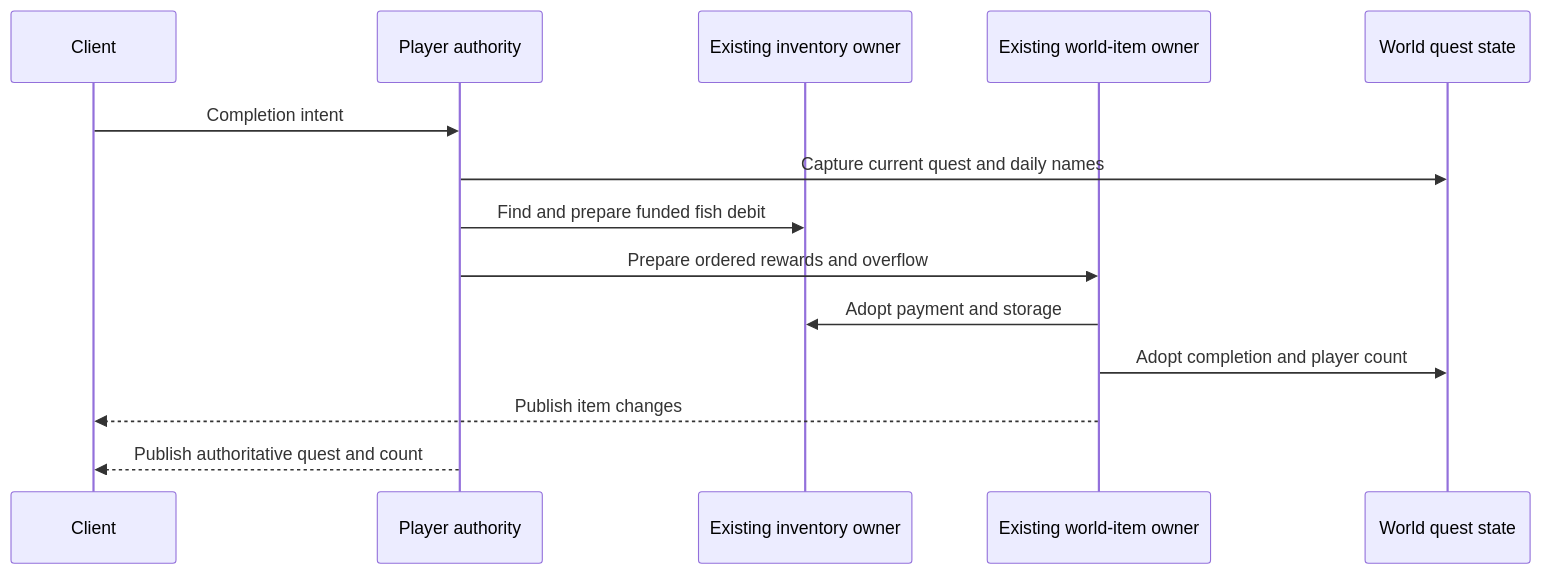
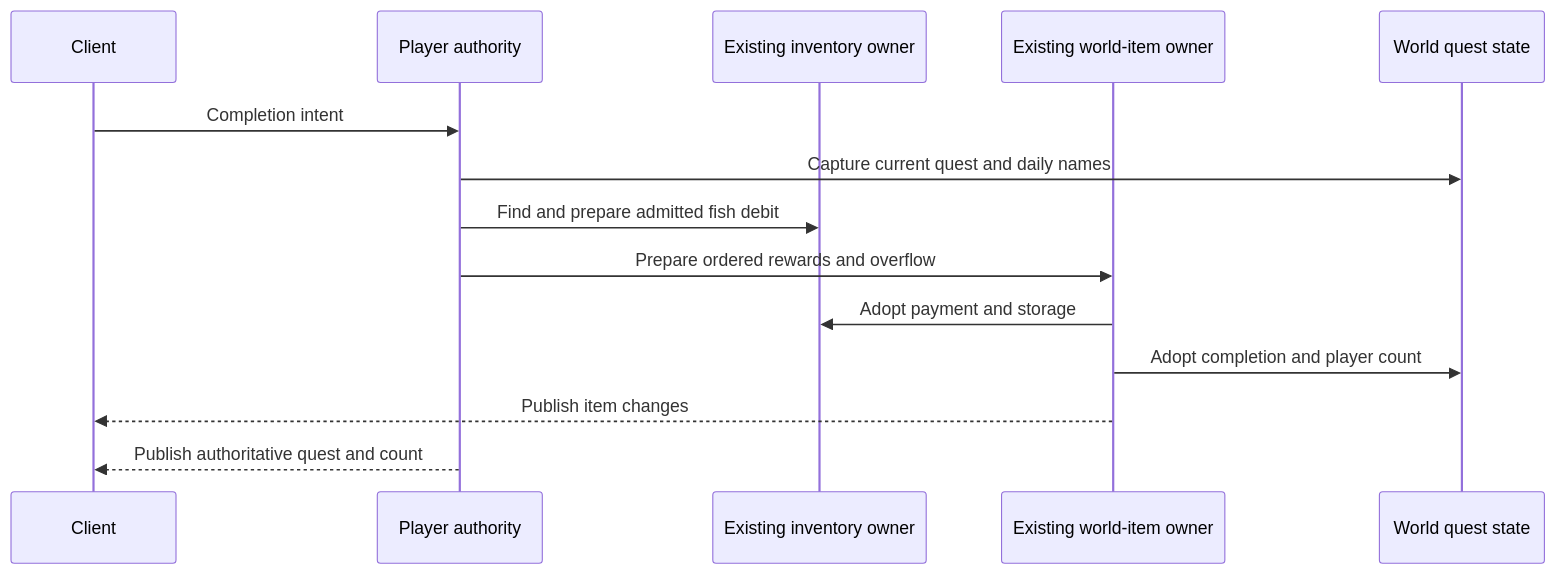
The diagram in docs/en/angler-quest-authority-1458.md (VegaKernel/TerraRuntime), drawn with Mermaid before and after one commit. The commit also changed other lines of this file and 36 other files, not shown here.

````diff
--- a/docs/en/angler-quest-authority-1458.md
+++ b/docs/en/angler-quest-authority-1458.md
@@ -11,16 +11,16 @@
 ```mermaid
 sequenceDiagram
     participant Client
     participant Player as Player authority
     participant Inventory as Existing inventory owner
     participant Rewards as Existing world-item owner
     participant World as World quest state
     Client->>Player: Completion intent
     Player->>World: Capture current quest and daily names
-    Player->>Inventory: Find and prepare funded fish debit
+    Player->>Inventory: Find and prepare admitted fish debit
     Player->>Rewards: Prepare ordered rewards and overflow
     Rewards->>Inventory: Adopt payment and storage
     Rewards->>World: Adopt completion and player count
     Rewards-->>Client: Publish item changes
     Player-->>Client: Publish authoritative quest and count
 ```
````
